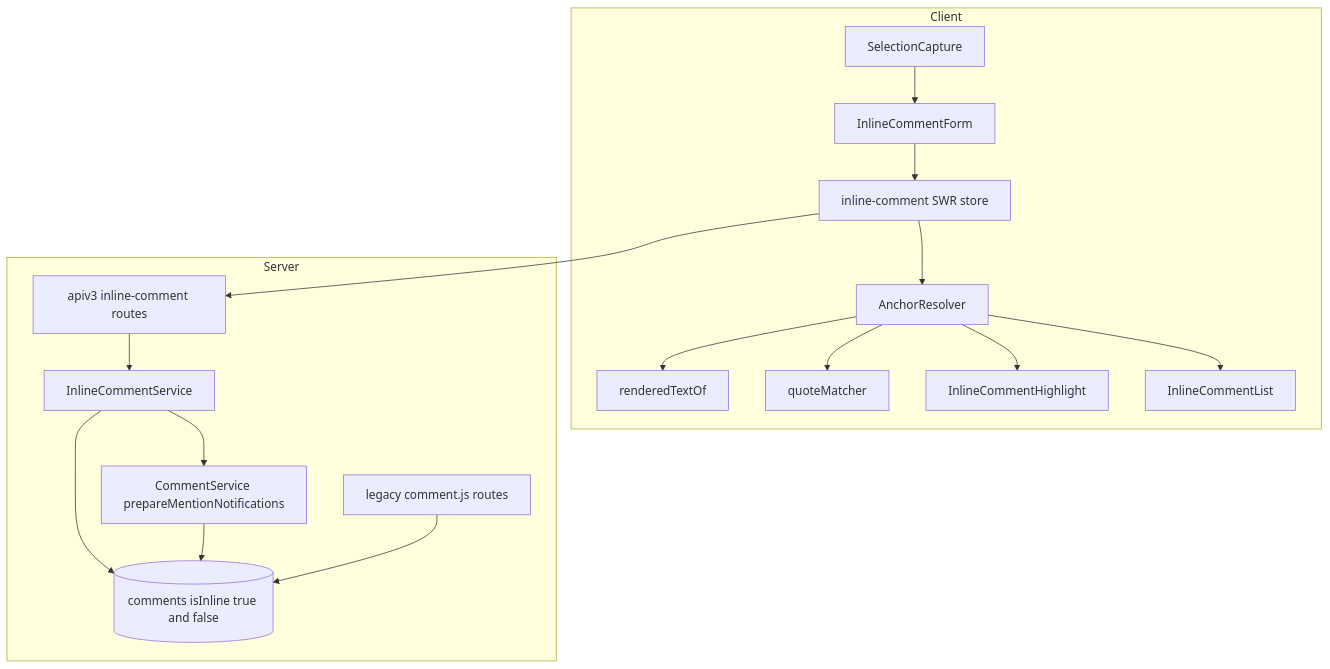
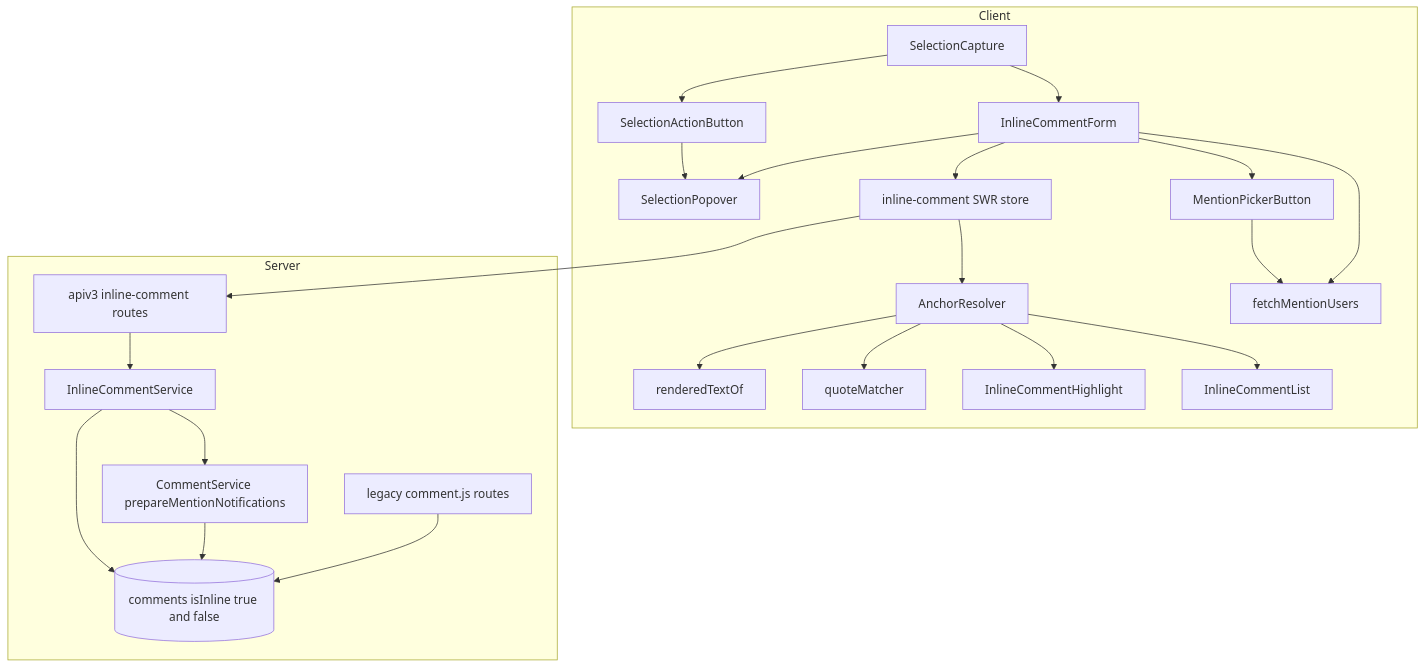
Before and after one commit to growilabs/growi: the first of 3 diagrams in .kiro/specs/inline-comment/design.md, drawn with Mermaid. The commit also changed other lines of this file and 4 other files, not shown here.

First line of the commit message:
docs(inline-comment): port back inline-comment-selection-ux amendments before retiring it

````diff
--- a/.kiro/specs/inline-comment/design.md
+++ b/.kiro/specs/inline-comment/design.md
@@ -112,36 +112,46 @@
 ```mermaid
 graph TB
     subgraph Client
         SelectionCapture[SelectionCapture]
+        SelectionActionButton[SelectionActionButton]
+        SelectionPopover[SelectionPopover]
         AnchorResolver[AnchorResolver]
         RenderedText[renderedTextOf]
         QuoteMatcher[quoteMatcher]
         HighlightOverlay[InlineCommentHighlight]
         InlineCommentForm[InlineCommentForm]
+        MentionPickerButton[MentionPickerButton]
+        FetchMentionUsers[fetchMentionUsers]
         InlineCommentList[InlineCommentList]
         InlineCommentStore[inline-comment SWR store]
     end
 
     subgraph Server
         InlineCommentRoutes[apiv3 inline-comment routes]
         InlineCommentService[InlineCommentService]
         CommentService[CommentService prepareMentionNotifications]
         LegacyCommentRoutes[legacy comment.js routes]
         CommentsTable[(comments isInline true and false)]
     end
 
+    SelectionCapture --> SelectionActionButton
     SelectionCapture --> InlineCommentForm
+    SelectionActionButton --> SelectionPopover
+    InlineCommentForm --> SelectionPopover
+    InlineCommentForm --> MentionPickerButton
+    MentionPickerButton --> FetchMentionUsers
+    InlineCommentForm --> FetchMentionUsers
     InlineCommentForm --> InlineCommentStore
     InlineCommentStore --> InlineCommentRoutes
     InlineCommentRoutes --> InlineCommentService
     InlineCommentService --> CommentsTable
     InlineCommentService --> CommentService
     CommentService --> CommentsTable
     LegacyCommentRoutes --> CommentsTable
 
     InlineCommentStore --> AnchorResolver
     AnchorResolver --> RenderedText
     AnchorResolver --> QuoteMatcher
     AnchorResolver --> HighlightOverlay
     AnchorResolver --> InlineCommentList
 ```
````
